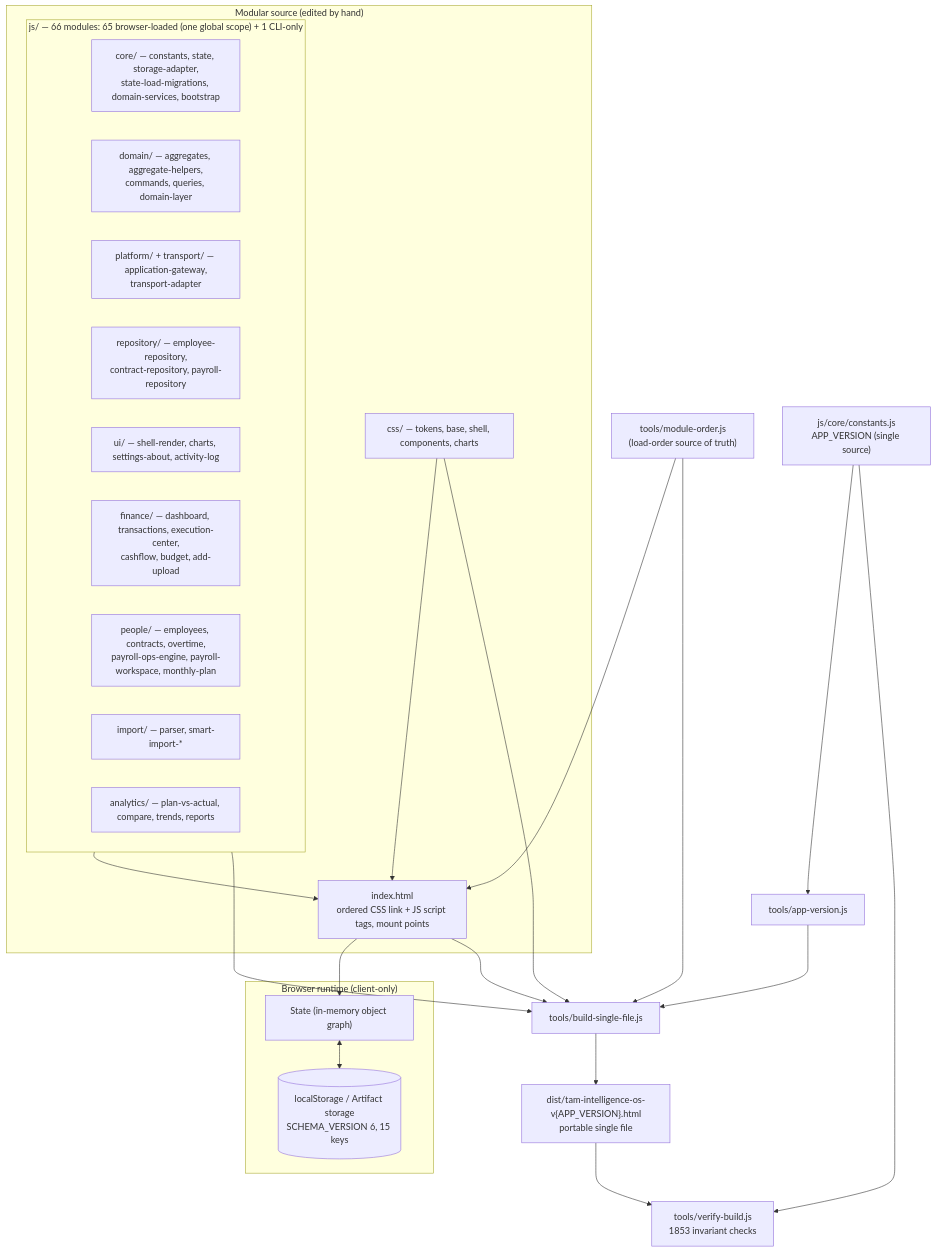
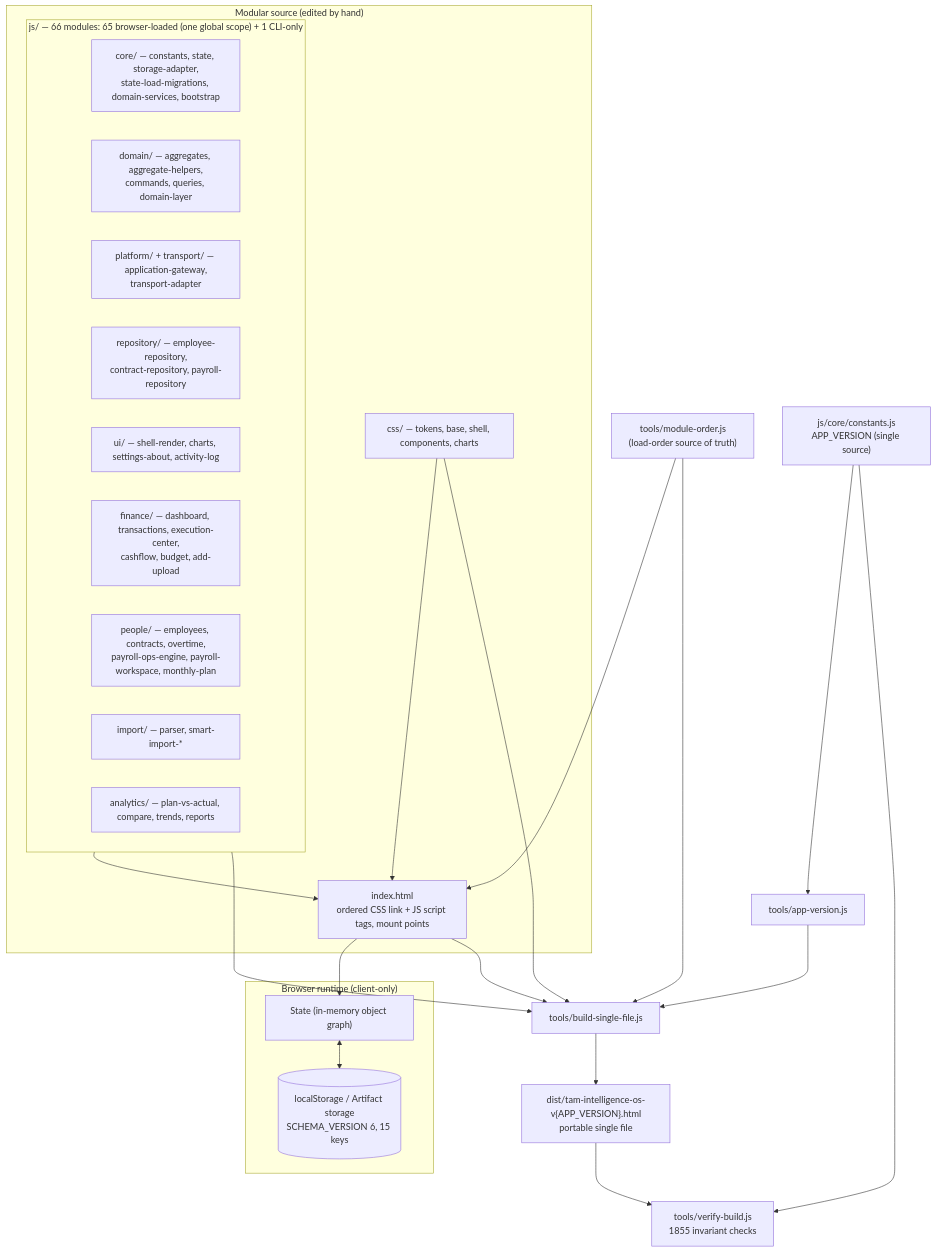
Before and after one commit to fanoryu/TAM-Intelligence-OS: the first of 3 diagrams in ARCHITECTURE.md, drawn with Mermaid. The commit also changed other lines of this file and 13 other files, not shown here.

````diff
--- a/ARCHITECTURE.md
+++ b/ARCHITECTURE.md
@@ -83,45 +83,45 @@
 ```mermaid
 flowchart TD
   subgraph SRC["Modular source (edited by hand)"]
     IDX["index.html<br/>ordered CSS link + JS script tags, mount points"]
     CSS["css/ — tokens, base, shell, components, charts"]
     subgraph JSMOD["js/ — 66 modules: 65 browser-loaded (one global scope) + 1 CLI-only"]
       CORE["core/ — constants, state, storage-adapter,<br/>state-load-migrations, domain-services, bootstrap"]
       DOM["domain/ — aggregates, aggregate-helpers,<br/>commands, queries, domain-layer"]
       PLAT["platform/ + transport/ — application-gateway,<br/>transport-adapter"]
       REPO["repository/ — employee-repository,<br/>contract-repository, payroll-repository"]
       UI["ui/ — shell-render, charts, settings-about, activity-log"]
       FIN["finance/ — dashboard, transactions, execution-center,<br/>cashflow, budget, add-upload"]
       PPL["people/ — employees, contracts, overtime,<br/>payroll-ops-engine, payroll-workspace, monthly-plan"]
       IMP["import/ — parser, smart-import-*"]
       ANA["analytics/ — plan-vs-actual, compare, trends, reports"]
     end
   end
 
   subgraph RUN["Browser runtime (client-only)"]
     STATE["State (in-memory object graph)"]
     LS[("localStorage / Artifact storage<br/>SCHEMA_VERSION 6, 15 keys")]
   end
 
   ORDER["tools/module-order.js<br/>(load-order source of truth)"]
   CONST["js/core/constants.js<br/>APP_VERSION (single source)"]
   AV["tools/app-version.js"]
   BUILD["tools/build-single-file.js"]
-  VERIFY["tools/verify-build.js<br/>1853 invariant checks"]
+  VERIFY["tools/verify-build.js<br/>1855 invariant checks"]
   DIST["dist/tam-intelligence-os-v{APP_VERSION}.html<br/>portable single file"]
 
   CSS --> IDX
   JSMOD --> IDX
   IDX --> STATE
   STATE <--> LS
 
   ORDER --> IDX
   ORDER --> BUILD
   CONST --> AV --> BUILD
   IDX --> BUILD
   CSS --> BUILD
   JSMOD --> BUILD
   BUILD --> DIST
   DIST --> VERIFY
   CONST --> VERIFY
 ```
````
